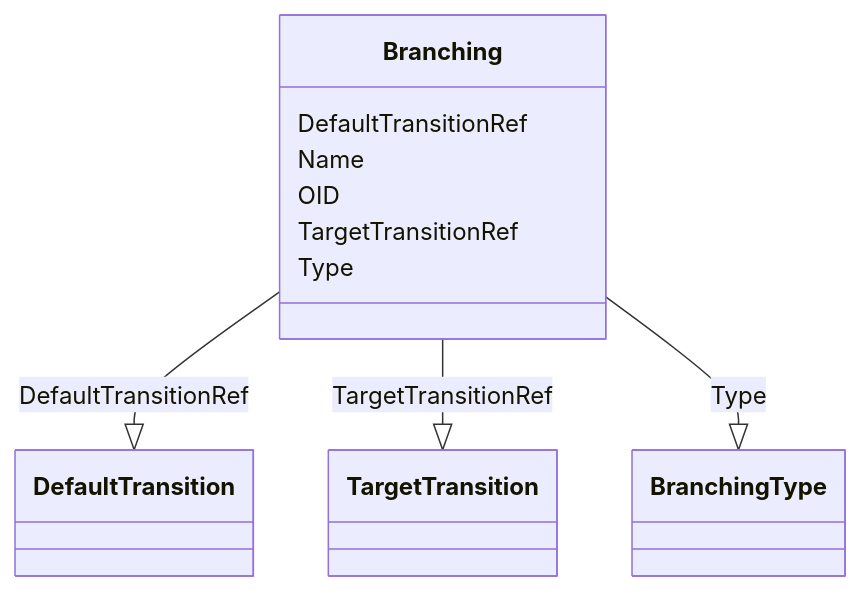
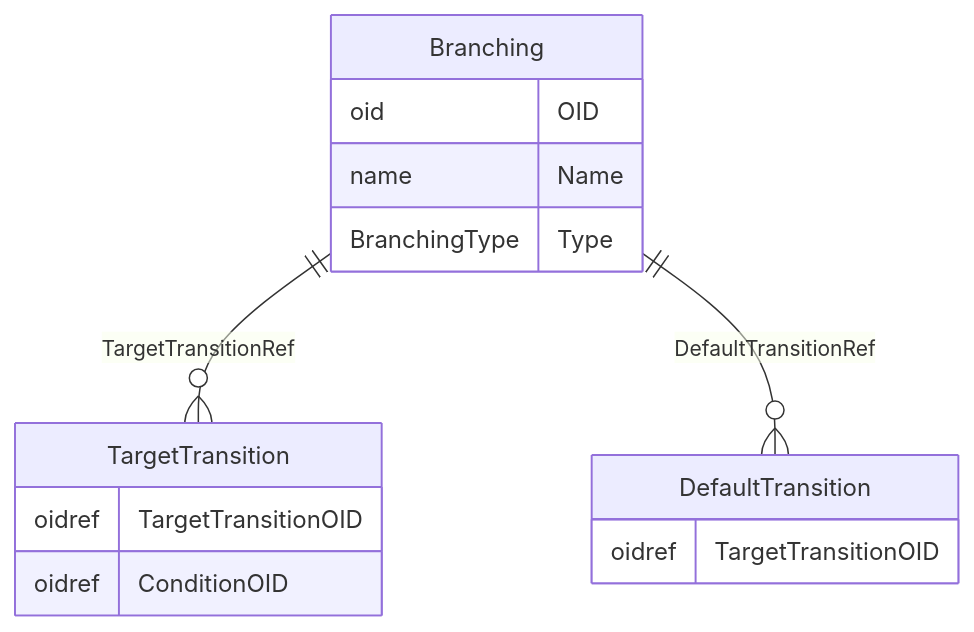
Before and after one commit to cdisc-org/DataExchange-ODM-LinkML: the diagram in docs/Branching.md, drawn with Mermaid. The commit also changed other lines of this file and 181 other files, not shown here.

Commit message:
ER diagrams working via templates and removing names with underscores

````diff
--- a/docs/Branching.md
+++ b/docs/Branching.md
@@ -14,21 +11,19 @@
 ```mermaid
- classDiagram
-    class Branching
-      Branching : DefaultTransitionRef
-        
-          Branching --|> DefaultTransition : DefaultTransitionRef
-        
-      Branching : Name
-        
-      Branching : OID
-        
-      Branching : TargetTransitionRef
-        
-          Branching --|> TargetTransition : TargetTransitionRef
-        
-      Branching : Type
-        
-          Branching --|> BranchingType : Type
-        
-      
+erDiagram
+Branching {
+    oid OID  
+    name Name  
+    BranchingType Type  
+}
+DefaultTransition {
+    oidref TargetTransitionOID  
+}
+TargetTransition {
+    oidref TargetTransitionOID  
+    oidref ConditionOID  
+}
+
+Branching ||--}o TargetTransition : "TargetTransitionRef"
+Branching ||--}o DefaultTransition : "DefaultTransitionRef"
+
 ```
````
